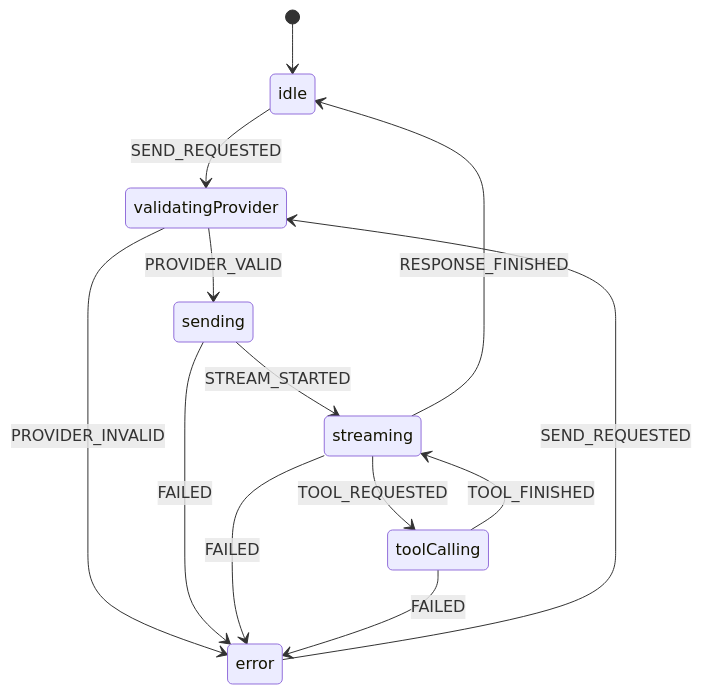
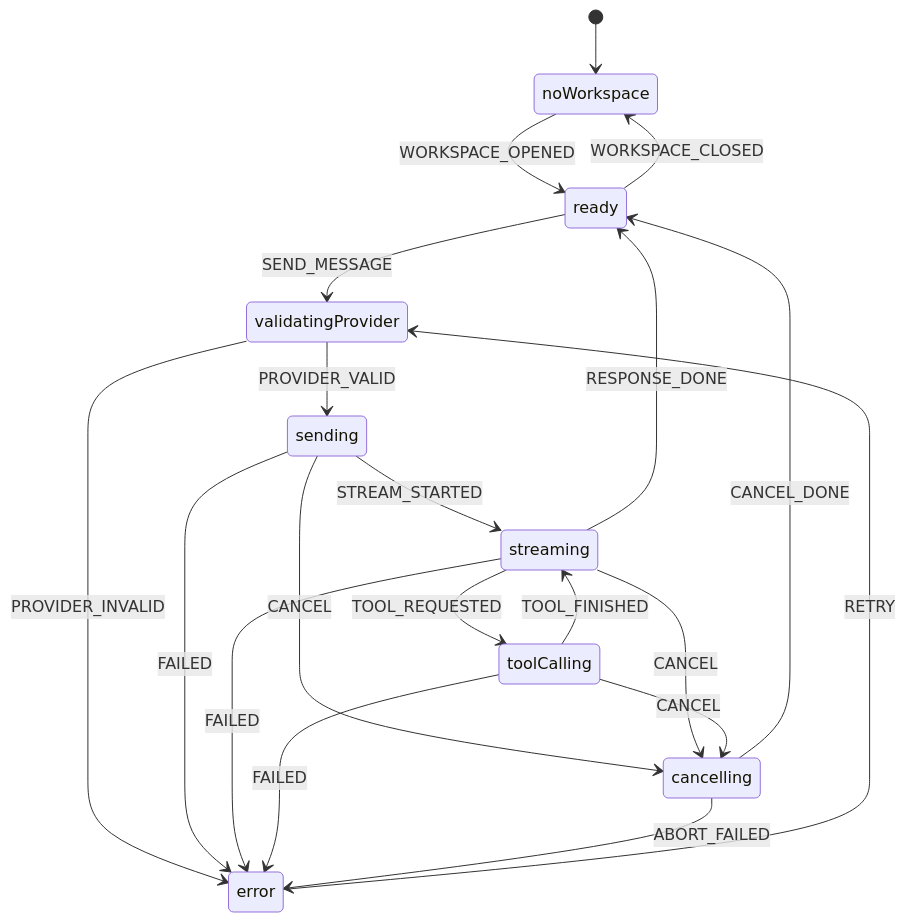
One commit to adu-chen/binder-mini changed the diagram in docs/20_design/A-AG-M-T-01_Agent技术设计.md. Above: the diagram before and after it, drawn with Mermaid. The commit also changed other lines of this file and 23 other files, not shown here.

````diff
--- a/docs/20_design/A-AG-M-T-01_Agent技术设计.md
+++ b/docs/20_design/A-AG-M-T-01_Agent技术设计.md
@@ -34,15 +36,22 @@
 ```mermaid
 stateDiagram-v2
-    [*] --> idle
-    idle --> validatingProvider : SEND_REQUESTED
+    [*] --> noWorkspace
+    noWorkspace --> ready : WORKSPACE_OPENED
+    ready --> noWorkspace : WORKSPACE_CLOSED
+    ready --> validatingProvider : SEND_MESSAGE
     validatingProvider --> sending : PROVIDER_VALID
     validatingProvider --> error : PROVIDER_INVALID
     sending --> streaming : STREAM_STARTED
+    sending --> cancelling : CANCEL
     sending --> error : FAILED
     streaming --> toolCalling : TOOL_REQUESTED
-    streaming --> idle : RESPONSE_FINISHED
+    streaming --> ready : RESPONSE_DONE
+    streaming --> cancelling : CANCEL
     streaming --> error : FAILED
     toolCalling --> streaming : TOOL_FINISHED
+    toolCalling --> cancelling : CANCEL
     toolCalling --> error : FAILED
-    error --> validatingProvider : SEND_REQUESTED
+    cancelling --> ready : CANCEL_DONE
+    cancelling --> error : ABORT_FAILED
+    error --> validatingProvider : RETRY
 ```
````
